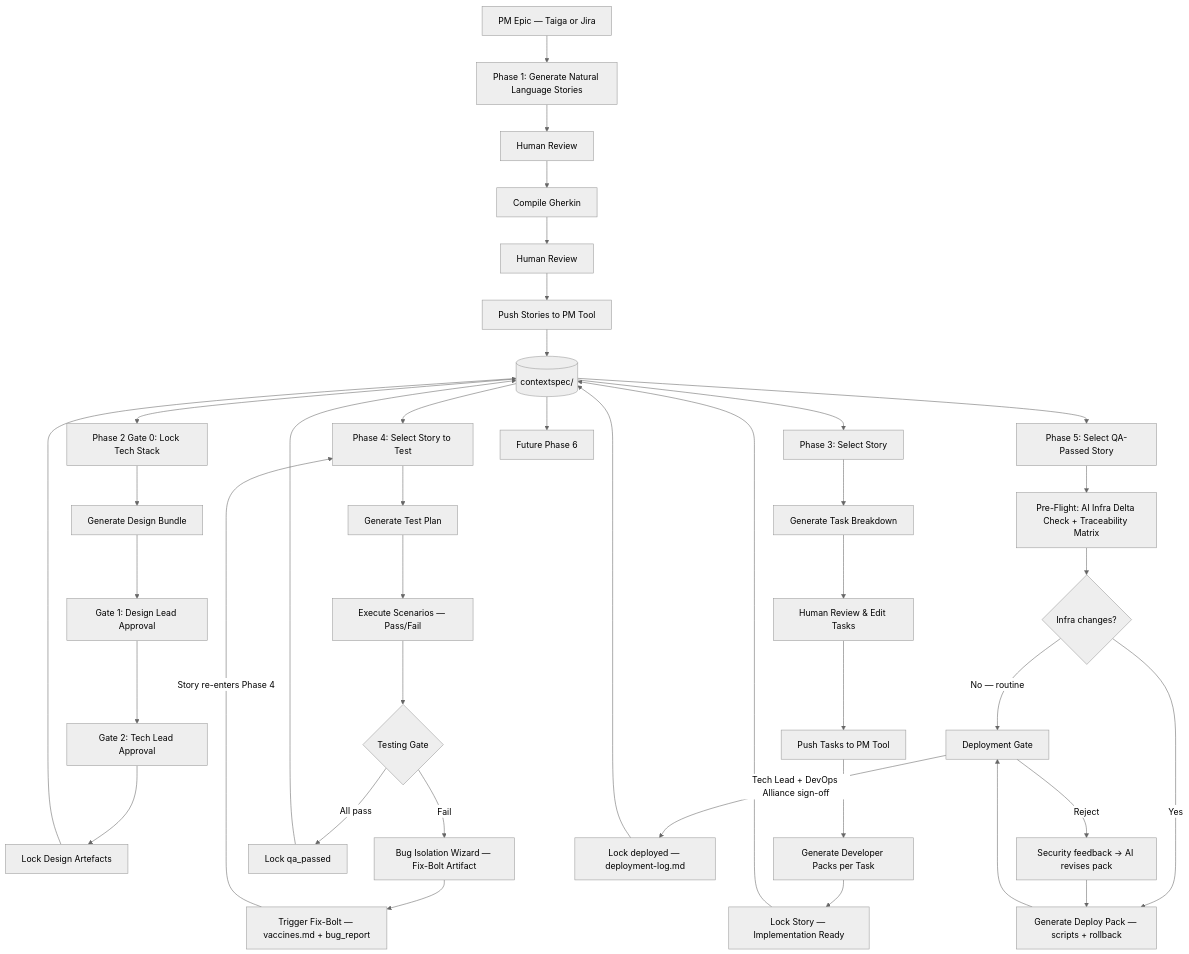
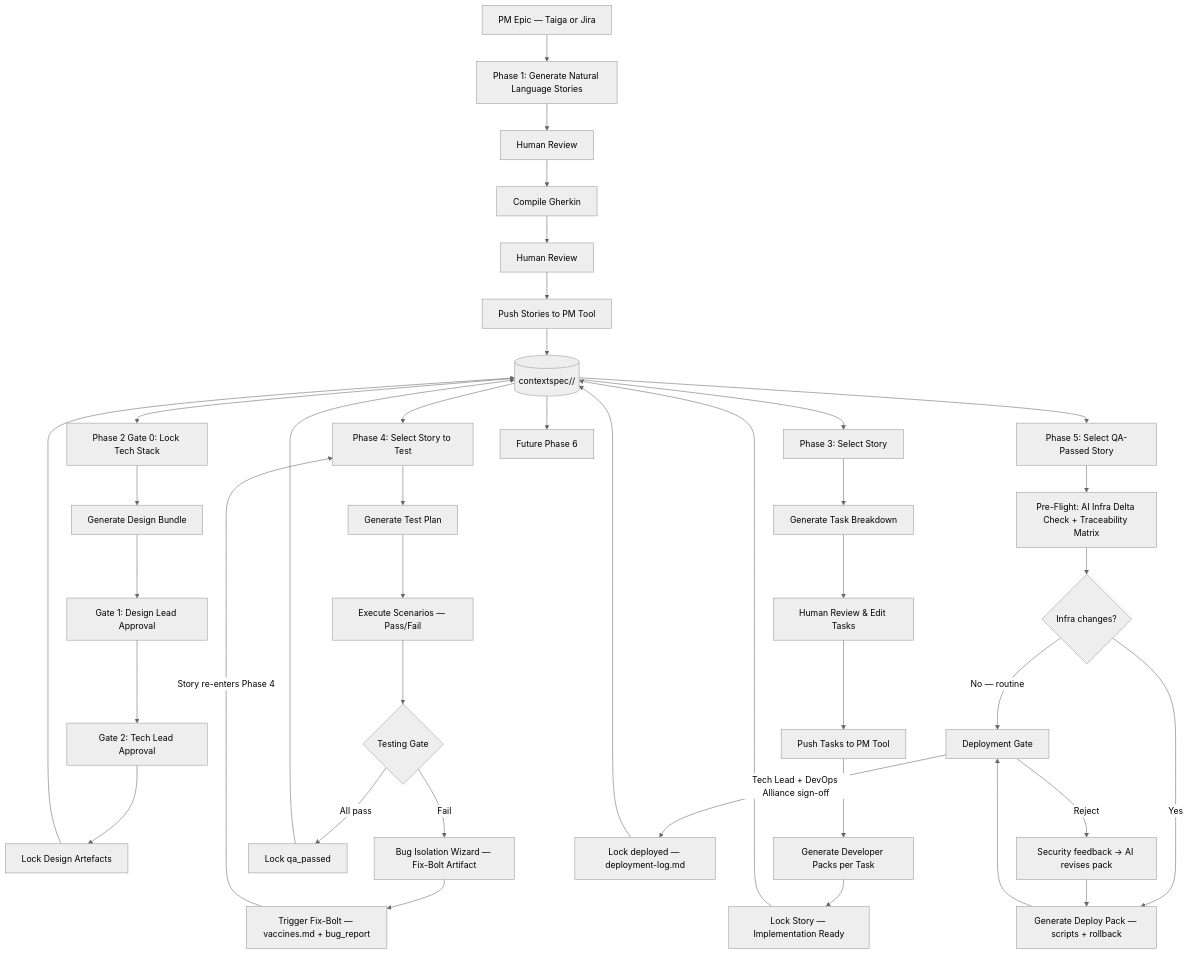
Before and after one commit to thomastabs/apex: the diagram in README.md, drawn with Mermaid (neutral theme). The commit also changed other lines of this file and 3 other files, not shown here.

````diff
--- a/README.md
+++ b/README.md
@@ -30,47 +30,47 @@
 ```mermaid
 flowchart TD
     A[PM Epic — Taiga or Jira] --> B[Phase 1: Generate Natural Language Stories]
     B --> C[Human Review]
     C --> D[Compile Gherkin]
     D --> E[Human Review]
     E --> F[Push Stories to PM Tool]
-    F --> G[(contextspec/<project_id>)]
+    F --> G[(contextspec/<instance_id>/<project_id>)]
 
     G --> H[Phase 2 Gate 0: Lock Tech Stack]
     H --> I[Generate Design Bundle]
     I --> J[Gate 1: Design Lead Approval]
     J --> K[Gate 2: Tech Lead Approval]
     K --> L[Lock Design Artefacts]
     L --> G
 
     G --> M[Phase 3: Select Story]
     M --> N[Generate Task Breakdown]
     N --> O[Human Review & Edit Tasks]
     O --> P[Push Tasks to PM Tool]
     P --> Q[Generate Developer Packs per Task]
     Q --> R[Lock Story — Implementation Ready]
     R --> G
 
     G --> S[Phase 4: Select Story to Test]
     S --> T[Generate Test Plan]
     T --> U[Execute Scenarios — Pass/Fail]
     U --> V{Testing Gate}
     V -->|All pass| W[Lock qa_passed]
     V -->|Fail| X[Bug Isolation Wizard — Fix-Bolt Artifact]
     X --> Y[Trigger Fix-Bolt — vaccines.md + bug_report]
     Y -->|Story re-enters Phase 4| S
     W --> G
 
     G --> Z[Phase 5: Select QA-Passed Story]
     Z --> AA[Pre-Flight: AI Infra Delta Check + Traceability Matrix]
     AA --> AB{Infra changes?}
     AB -->|No — routine| AD[Deployment Gate]
     AB -->|Yes| AC[Generate Deploy Pack — scripts + rollback]
     AC --> AD
     AD -->|Tech Lead + DevOps Alliance sign-off| AE[Lock deployed — deployment-log.md]
     AD -->|Reject| AF[Security feedback → AI revises pack]
     AF --> AC
     AE --> G
 
     G --> AG[Future Phase 6]
 ```
````
